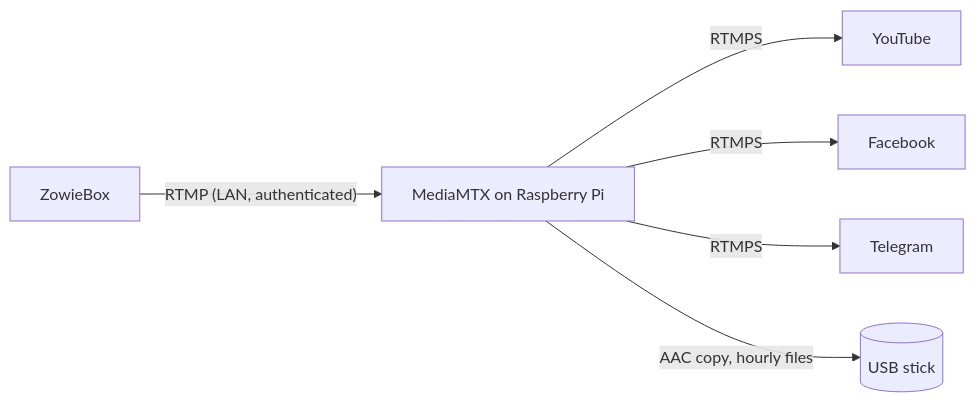
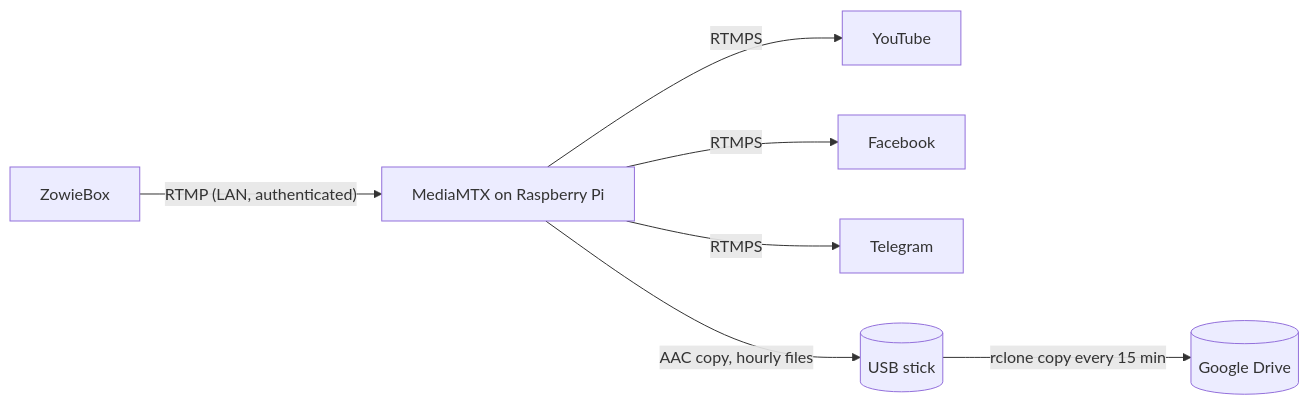
One commit to ebusho/mediamtx-relay changed the diagram in README.md. Above: the diagram before and after it, drawn with Mermaid. The commit also changed other lines of this file and 5 other files, not shown here.

````diff
--- a/README.md
+++ b/README.md
@@ -7,8 +7,9 @@
 ```mermaid
 flowchart LR
     Z[ZowieBox] -- "RTMP (LAN, authenticated)" --> M[MediaMTX on Raspberry Pi]
     M -- RTMPS --> Y[YouTube]
     M -- RTMPS --> F[Facebook]
     M -- RTMPS --> T[Telegram]
     M -- "AAC copy, hourly files" --> U[(USB stick)]
+    U -- "rclone copy every 15 min" --> C[(Google Drive)]
 ```
````
